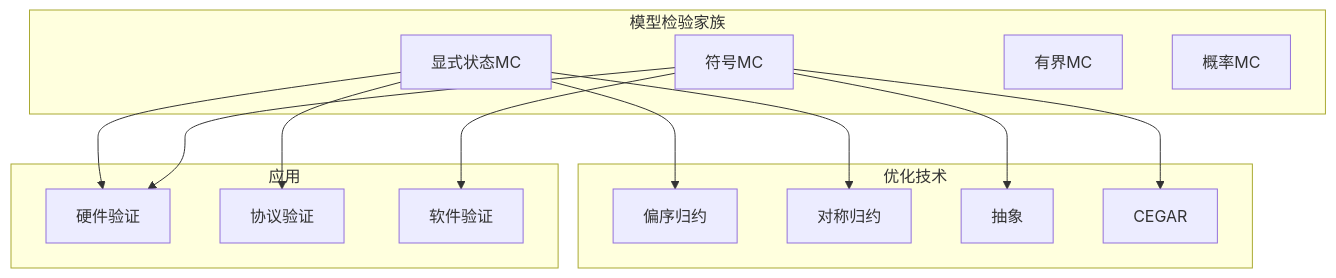
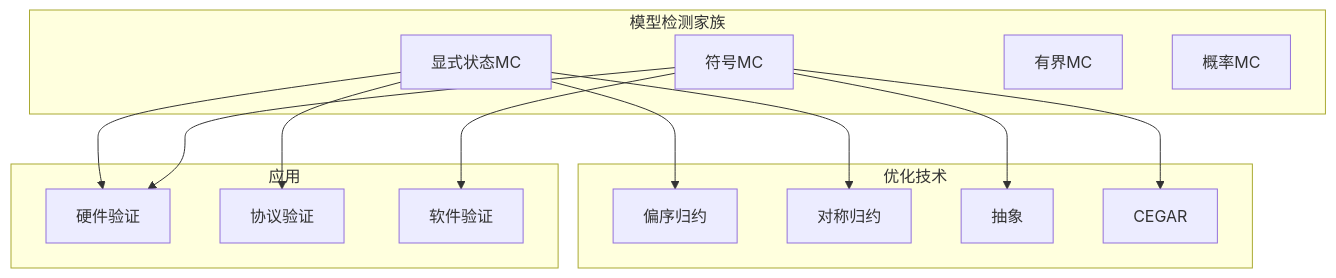
One commit to AdaMartin18010/AnalysisDataFlow changed the first of 5 diagrams in formal-methods/05-verification/02-model-checking/01-explicit-state.md. Above: the diagram before and after it, drawn with Mermaid. The commit also changed other lines of this file and 129 other files, not shown here.

````diff
--- a/formal-methods/05-verification/02-model-checking/01-explicit-state.md
+++ b/formal-methods/05-verification/02-model-checking/01-explicit-state.md
@@ -103,31 +103,31 @@
 ```mermaid
 graph TB
-    subgraph 模型检验家族
+    subgraph 模型检测家族
         Explicit[显式状态MC]
         Symbolic[符号MC]
         Bounded[有界MC]
         Probabilistic[概率MC]
     end
 
     subgraph 优化技术
         POR[偏序归约]
         Symmetry[对称归约]
         Abstraction[抽象]
         CEGAR[CEGAR]
     end
 
     subgraph 应用
         Hardware[硬件验证]
         Protocol[协议验证]
         Software[软件验证]
     end
 
     Explicit --> POR
     Explicit --> Symmetry
     Symbolic --> Abstraction
     Symbolic --> CEGAR
     Explicit --> Hardware
     Explicit --> Protocol
     Symbolic --> Hardware
     Symbolic --> Software
 ```
````
